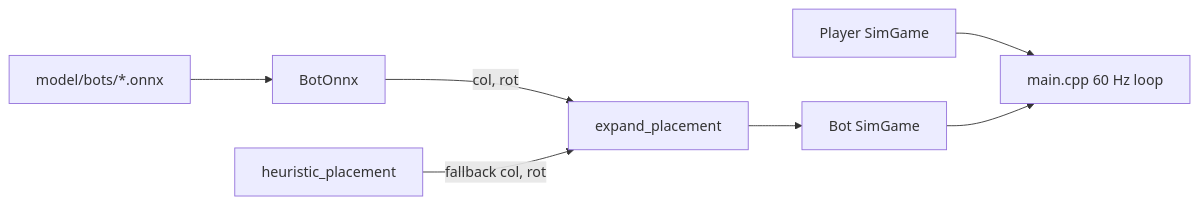
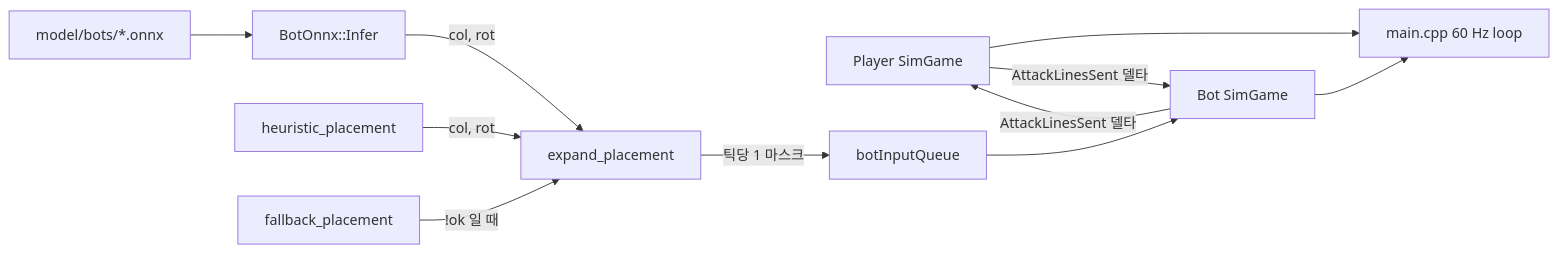
One commit to Rein-ArXiv/Tetris-Multiplayer-RL changed the sixth of 6 diagrams in docs/blog/part9-rl-onnx-bot.md. Above: the diagram before and after it, drawn with Mermaid. The commit also changed other lines of this file and 41 other files, not shown here.

````diff
--- a/docs/blog/part9-rl-onnx-bot.md
+++ b/docs/blog/part9-rl-onnx-bot.md
@@ -1311,9 +1697,13 @@
 ```mermaid
 graph LR
     Player[Player SimGame] --> Loop[main.cpp 60 Hz loop]
     Bot[Bot SimGame] --> Loop
-    Model[model/bots/*.onnx] --> Infer[BotOnnx]
+    Model[model/bots/*.onnx] --> Infer[BotOnnx::Infer]
     Infer -->|col, rot| Expand[expand_placement]
-    Heuristic[heuristic_placement] -->|fallback col, rot| Expand
-    Expand --> Bot
+    Heuristic[heuristic_placement] -->|col, rot| Expand
+    Fallback[fallback_placement] -->|!ok 일 때| Expand
+    Expand -->|틱당 1 마스크| Queue[botInputQueue]
+    Queue --> Bot
+    Player -->|AttackLinesSent 델타| Bot
+    Bot -->|AttackLinesSent 델타| Player
 ```
````
